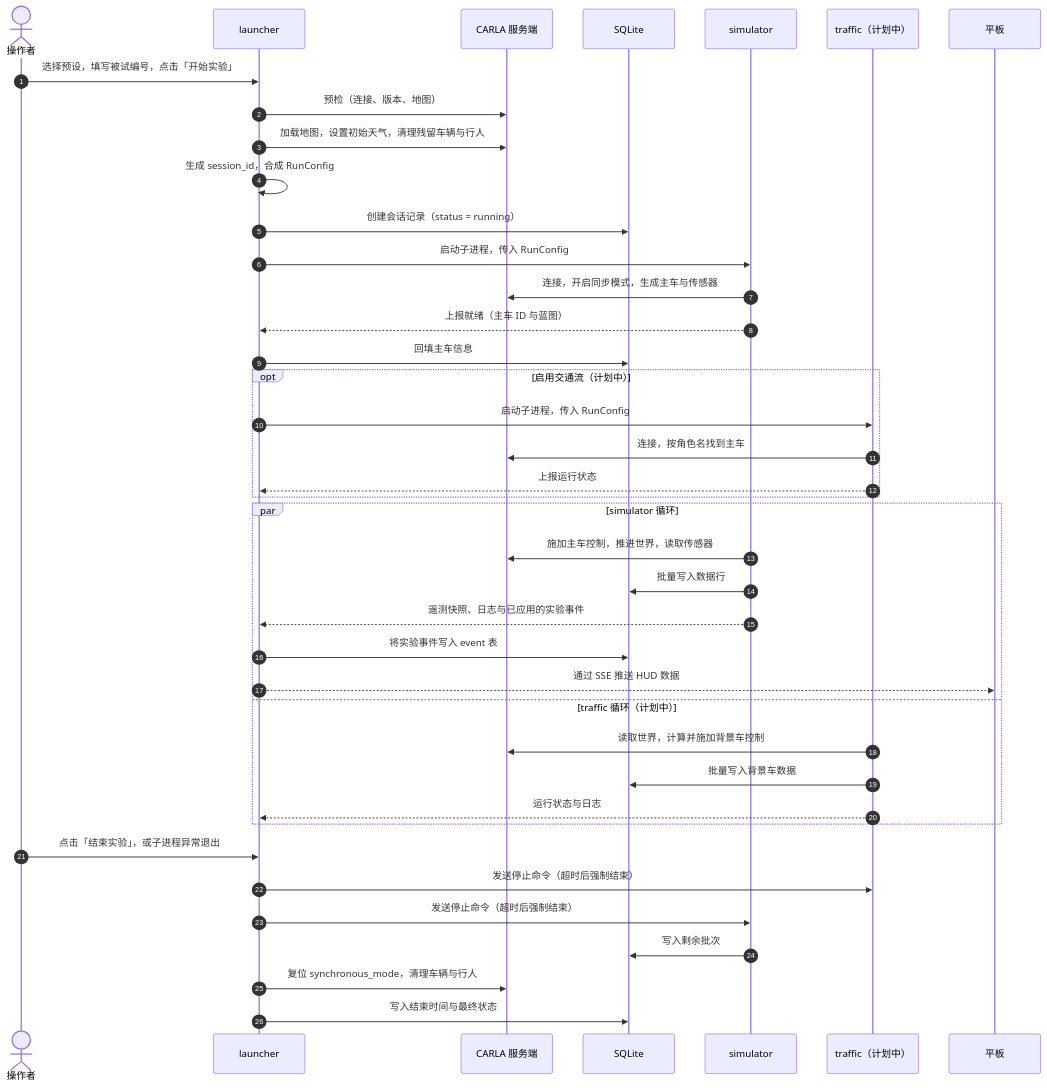
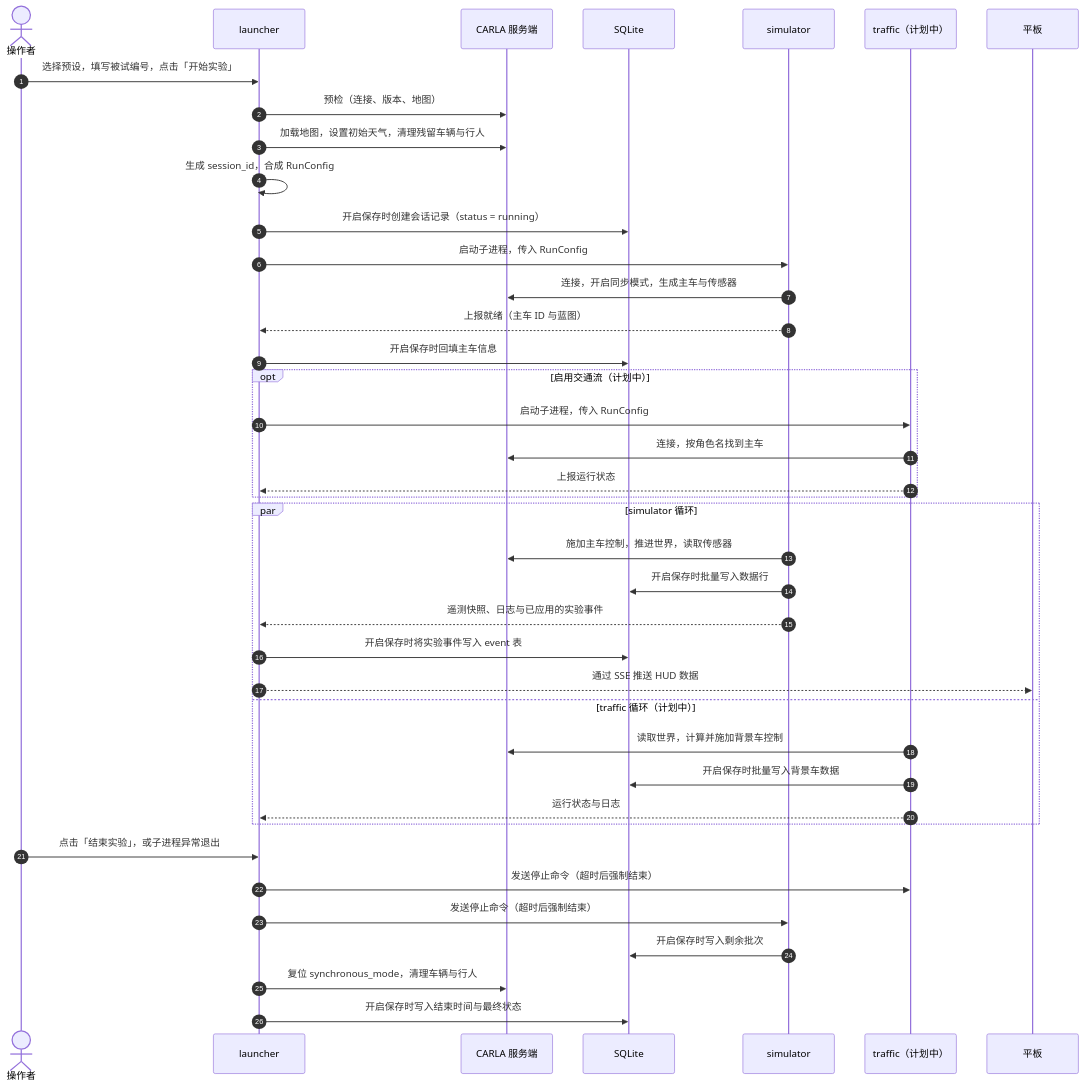
The third of 5 diagrams in docs/design/01-Architecture.md (ZiyuZ/DRISCA), drawn with Mermaid before and after one commit. The commit also changed other lines of this file and 15 other files, not shown here.

````diff
--- a/docs/design/01-Architecture.md
+++ b/docs/design/01-Architecture.md
@@ -124,46 +126,46 @@
 ```mermaid
 sequenceDiagram
     autonumber
     actor U as 操作者
     participant L as launcher
     participant C as CARLA 服务端
     participant D as SQLite
     participant S as simulator
     participant T as traffic（计划中）
     participant P as 平板
 
     U->>L: 选择预设，填写被试编号，点击「开始实验」
     L->>C: 预检（连接、版本、地图）
     L->>C: 加载地图，设置初始天气，清理残留车辆与行人
     L->>L: 生成 session_id，合成 RunConfig
-    L->>D: 创建会话记录（status = running）
+    L->>D: 开启保存时创建会话记录（status = running）
     L->>S: 启动子进程，传入 RunConfig
     S->>C: 连接，开启同步模式，生成主车与传感器
     S-->>L: 上报就绪（主车 ID 与蓝图）
-    L->>D: 回填主车信息
+    L->>D: 开启保存时回填主车信息
 
     opt 启用交通流（计划中）
         L->>T: 启动子进程，传入 RunConfig
         T->>C: 连接，按角色名找到主车
         T-->>L: 上报运行状态
     end
 
     par simulator 循环
         S->>C: 施加主车控制，推进世界，读取传感器
-        S->>D: 批量写入数据行
+        S->>D: 开启保存时批量写入数据行
         S-->>L: 遥测快照、日志与已应用的实验事件
-        L->>D: 将实验事件写入 event 表
+        L->>D: 开启保存时将实验事件写入 event 表
         L-->>P: 通过 SSE 推送 HUD 数据
     and traffic 循环（计划中）
         T->>C: 读取世界，计算并施加背景车控制
-        T->>D: 批量写入背景车数据
+        T->>D: 开启保存时批量写入背景车数据
         T-->>L: 运行状态与日志
     end
 
     U->>L: 点击「结束实验」，或子进程异常退出
     L->>T: 发送停止命令（超时后强制结束）
     L->>S: 发送停止命令（超时后强制结束）
-    S->>D: 写入剩余批次
+    S->>D: 开启保存时写入剩余批次
     L->>C: 复位 synchronous_mode，清理车辆与行人
-    L->>D: 写入结束时间与最终状态
+    L->>D: 开启保存时写入结束时间与最终状态
 ```
````
